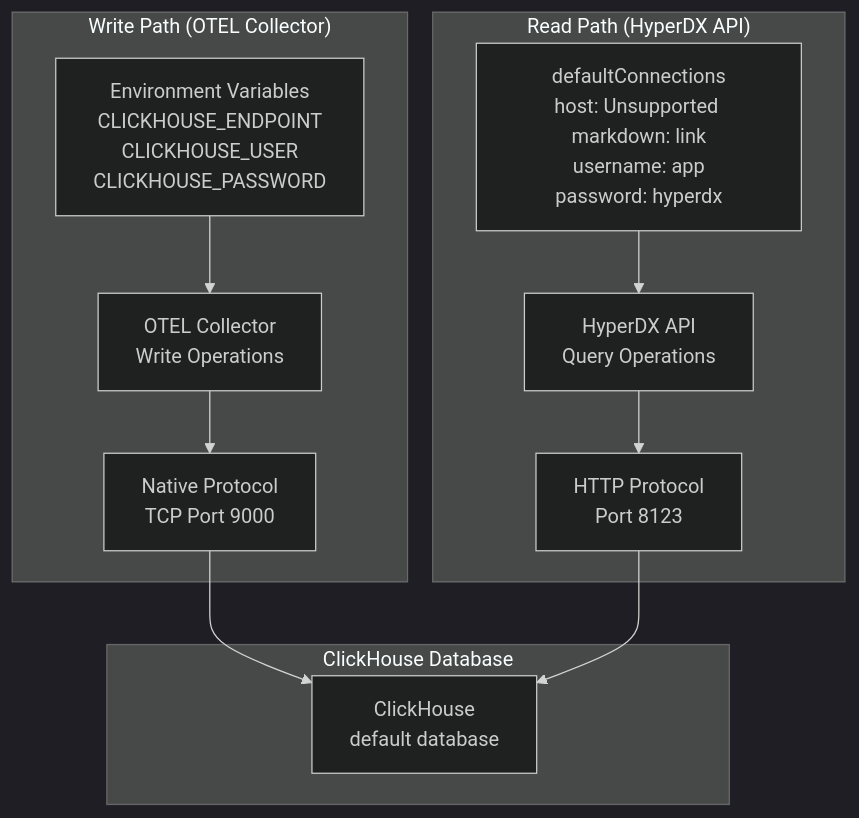
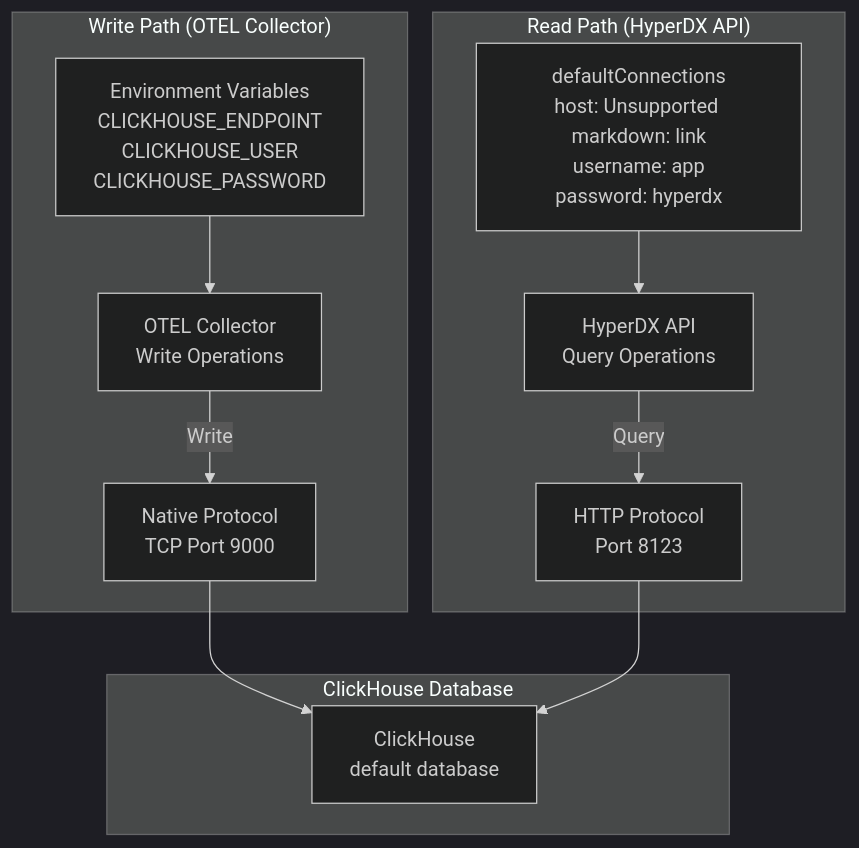
The eighth of 9 diagrams in docs/hyperdxio-helm-charts-docs/Telemetry-Data-Pipeline.md (openchoreo/openchoreo), drawn with Mermaid (dark theme) before and after one commit. The commit also changed other lines of this file and 85 other files, not shown here.

Commit message:
feat: Add new workflow and specification templates, update Helm chart dependencies, and clarify documentation diagrams.

````diff
--- a/docs/hyperdxio-helm-charts-docs/Telemetry-Data-Pipeline.md
+++ b/docs/hyperdxio-helm-charts-docs/Telemetry-Data-Pipeline.md
@@ -373,34 +373,34 @@
 ```mermaid
 flowchart TD
 
 OTELEnv["Environment Variables<br>CLICKHOUSE_ENDPOINT<br>CLICKHOUSE_USER<br>CLICKHOUSE_PASSWORD"]
 OTELWrite["OTEL Collector<br>Write Operations"]
 NativeProto["Native Protocol<br>TCP Port 9000"]
 DefaultConn["defaultConnections<br>host: Unsupported markdown: link<br>username: app<br>password: hyperdx"]
 APIRead["HyperDX API<br>Query Operations"]
 HTTPProto["HTTP Protocol<br>Port 8123"]
 DB["ClickHouse<br>default database"]
 
 NativeProto --> DB
 HTTPProto --> DB
 
 subgraph subGraph2 ["ClickHouse Database"]
     DB
 end
 
 subgraph subGraph1 ["Read Path (HyperDX API)"]
     DefaultConn
     APIRead
     HTTPProto
     DefaultConn --> APIRead
-    APIRead --> HTTPProto
+    APIRead -->|"Query"| HTTPProto
 end
 
 subgraph subGraph0 ["Write Path (OTEL Collector)"]
     OTELEnv
     OTELWrite
     NativeProto
     OTELEnv --> OTELWrite
-    OTELWrite --> NativeProto
+    OTELWrite -->|"Write"| NativeProto
 end
 ```
````
